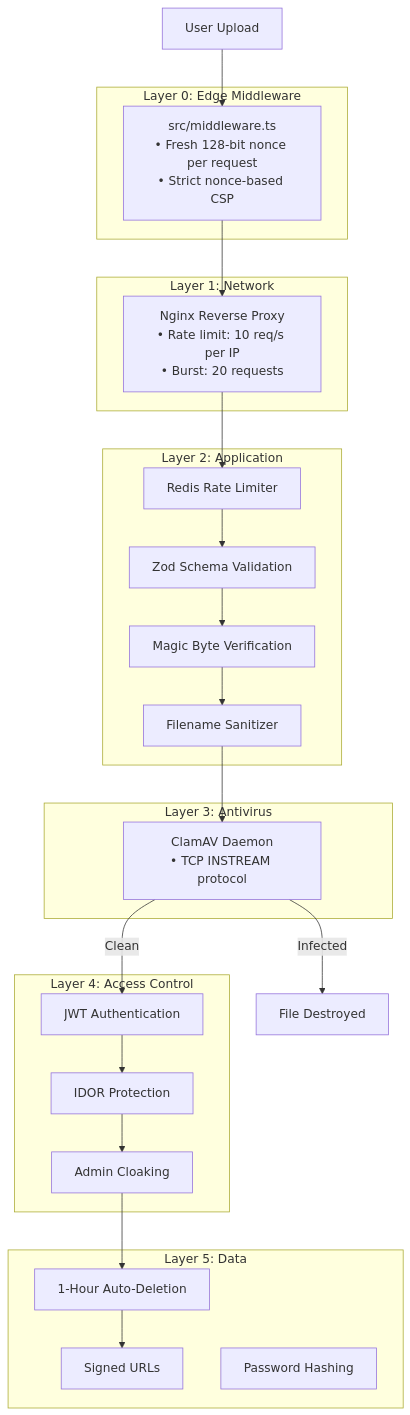
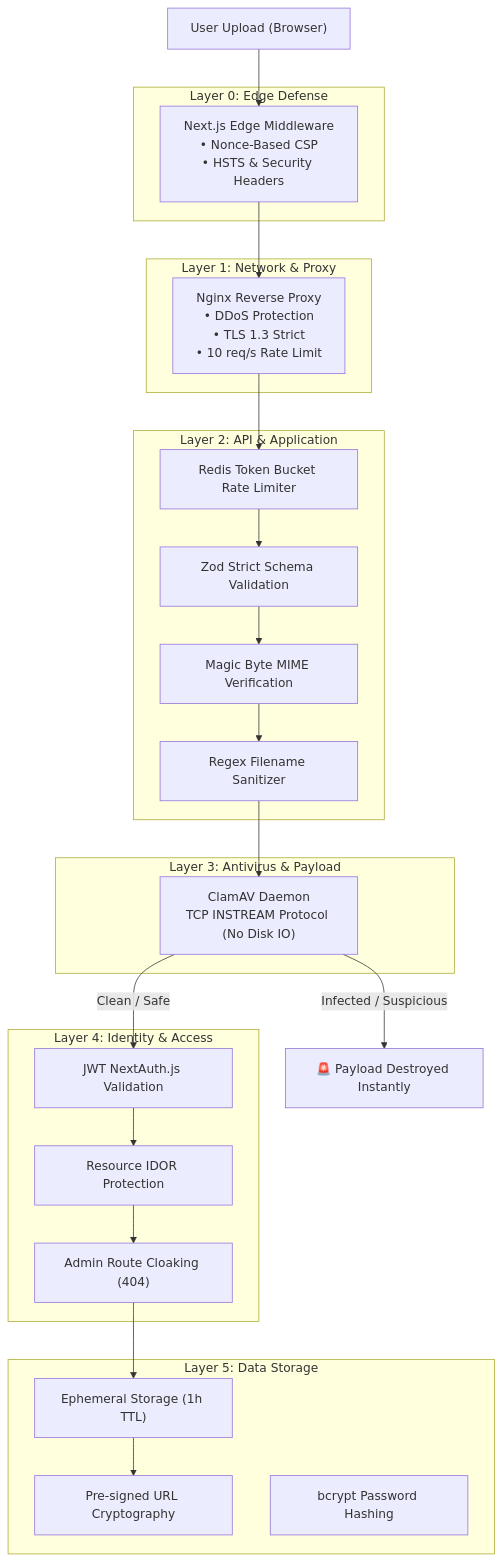
The third of 7 diagrams in README.md (Skedare240507/FileConvert), drawn with Mermaid before and after one commit. The commit also changed other lines of this file, not shown here.

Commit message:
docs: deeply expand security and hardening section

````diff
--- a/README.md
+++ b/README.md
@@ -515,41 +517,41 @@
 ```mermaid
 flowchart TD
-    Upload["User Upload"] --> Middleware
+    Upload["User Upload (Browser)"] --> Middleware
 
-    subgraph Layer0 ["Layer 0: Edge Middleware"]
-        Middleware["src/middleware.ts<br/>• Fresh 128-bit nonce per request<br/>• Strict nonce-based CSP"]
+    subgraph Layer0 ["Layer 0: Edge Defense"]
+        Middleware["Next.js Edge Middleware<br/>• Nonce-Based CSP<br/>• HSTS & Security Headers"]
     end
 
-    subgraph Layer1 ["Layer 1: Network"]
-        Nginx["Nginx Reverse Proxy<br/>• Rate limit: 10 req/s per IP<br/>• Burst: 20 requests"]
+    subgraph Layer1 ["Layer 1: Network & Proxy"]
+        Nginx["Nginx Reverse Proxy<br/>• DDoS Protection<br/>• TLS 1.3 Strict<br/>• 10 req/s Rate Limit"]
     end
 
-    subgraph Layer2 ["Layer 2: Application"]
-        Rate["Redis Rate Limiter"]
-        Validation["Zod Schema Validation"]
-        Magic["Magic Byte Verification"]
-        Sanitize["Filename Sanitizer"]
+    subgraph Layer2 ["Layer 2: API & Application"]
+        Rate["Redis Token Bucket Rate Limiter"]
+        Validation["Zod Strict Schema Validation"]
+        Magic["Magic Byte MIME Verification"]
+        Sanitize["Regex Filename Sanitizer"]
     end
 
-    subgraph Layer3 ["Layer 3: Antivirus"]
-        ClamAV["ClamAV Daemon<br/>• TCP INSTREAM protocol"]
+    subgraph Layer3 ["Layer 3: Antivirus & Payload"]
+        ClamAV["ClamAV Daemon<br/>TCP INSTREAM Protocol (No Disk IO)"]
     end
 
-    subgraph Layer4 ["Layer 4: Access Control"]
-        Auth["JWT Authentication"]
-        IDOR["IDOR Protection"]
-        Admin["Admin Cloaking"]
+    subgraph Layer4 ["Layer 4: Identity & Access"]
+        Auth["JWT NextAuth.js Validation"]
+        IDOR["Resource IDOR Protection"]
+        Admin["Admin Route Cloaking (404)"]
     end
 
-    subgraph Layer5 ["Layer 5: Data"]
-        TTL["1-Hour Auto-Deletion"]
-        Signed["Signed URLs"]
-        Encrypt["Password Hashing"]
+    subgraph Layer5 ["Layer 5: Data Storage"]
+        TTL["Ephemeral Storage (1h TTL)"]
+        Signed["Pre-signed URL Cryptography"]
+        Encrypt["bcrypt Password Hashing"]
     end
 
     Middleware --> Nginx --> Rate --> Validation --> Magic --> Sanitize
     Sanitize --> ClamAV
-    ClamAV -- "Clean" --> Auth --> IDOR --> Admin
-    ClamAV -- "Infected" --> Destroy["File Destroyed"]
+    ClamAV -- "Clean / Safe" --> Auth --> IDOR --> Admin
+    ClamAV -- "Infected / Suspicious" --> Destroy["🚨 Payload Destroyed Instantly"]
     Admin --> TTL --> Signed
 ```
````
